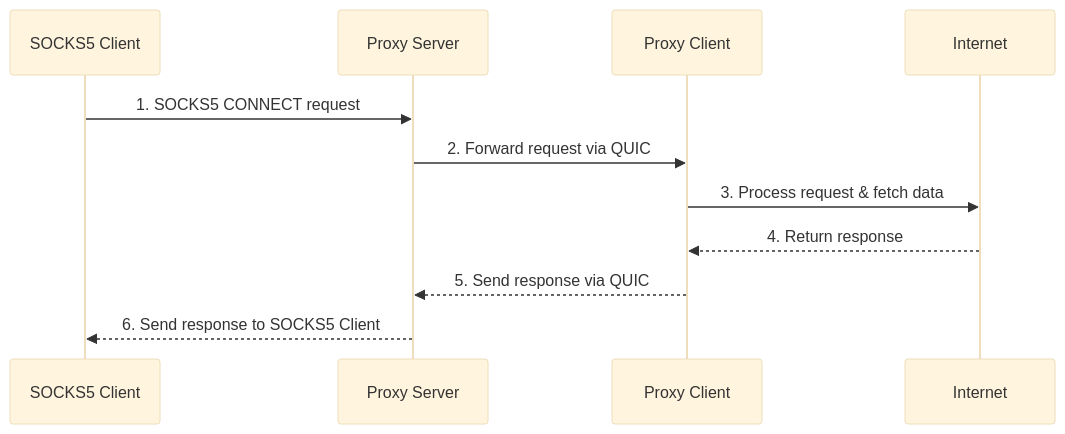
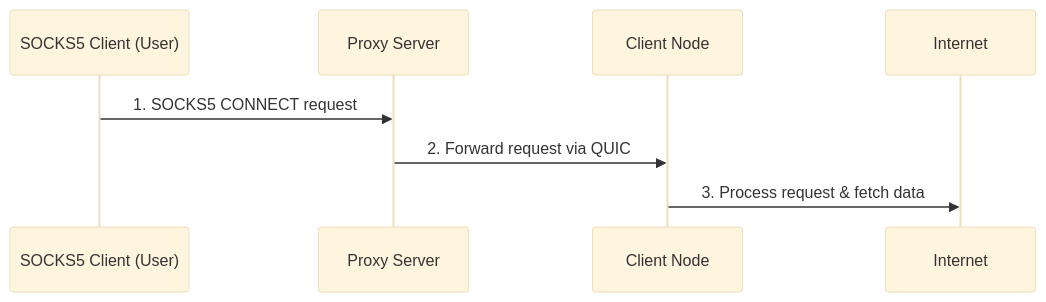
The second of 2 diagrams in README.md (L1shed/Turbo), drawn with Mermaid (base theme) before and after one commit. The commit also changed other lines of this file, not shown here.

````diff
--- a/README.md
+++ b/README.md
@@ -87,14 +83,11 @@
 ```mermaid
 sequenceDiagram
-    participant SOCKS5_Client as SOCKS5 Client
+    participant SOCKS5_Client as SOCKS5 Client (User)
     participant Proxy_Server as Proxy Server
-    participant Proxy_Client as Proxy Client
+    participant Proxy_Client as Client Node
     participant Internet as Internet
 
     SOCKS5_Client->>Proxy_Server: 1. SOCKS5 CONNECT request
     Proxy_Server->>Proxy_Client: 2. Forward request via QUIC
     Proxy_Client->>Internet: 3. Process request & fetch data
-    Internet-->>Proxy_Client: 4. Return response
-    Proxy_Client-->>Proxy_Server: 5. Send response via QUIC
-    Proxy_Server-->>SOCKS5_Client: 6. Send response to SOCKS5 Client
 ```
````
